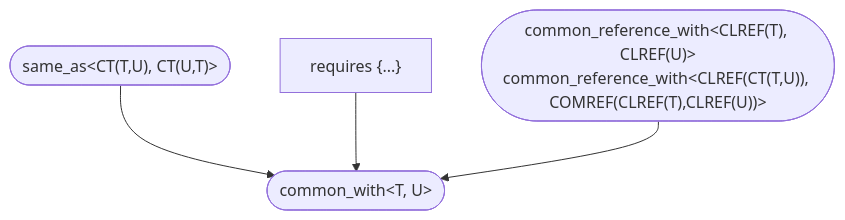
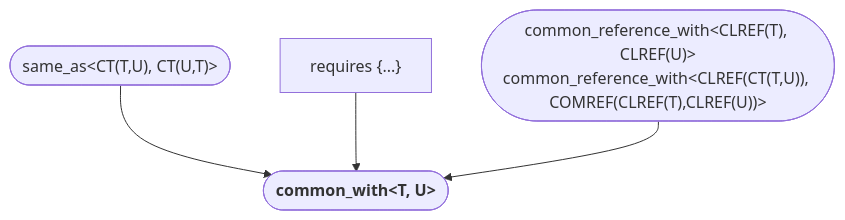
One commit to yohhoy/cpp-concepts changed the third of 18 diagrams in README.md. Above: the diagram before and after it, drawn with Mermaid. The commit also changed other lines of this file, not shown here.

````diff
--- a/README.md
+++ b/README.md
@@ -29,7 +29,7 @@
 ```mermaid
 graph TD
     %% std::common_with<T, U>
-    same_as(["same_as&lt;CT(T,U), CT(U,T)&gt;"]) --> common_with(["common_with&lt;T, U&gt;"]);
+    same_as(["same_as&lt;CT(T,U), CT(U,T)&gt;"]) --> common_with(["<b>common_with&lt;T, U&gt;</b>"]);
     AC["requires {...}"] --> common_with;
     common_reference_with(["common_reference_with&lt;CLREF(T), CLREF(U)&gt;<br>common_reference_with&lt;CLREF(CT(T,U)), COMREF(CLREF(T),CLREF(U))&gt;"]) --> common_with;
 ```
````
